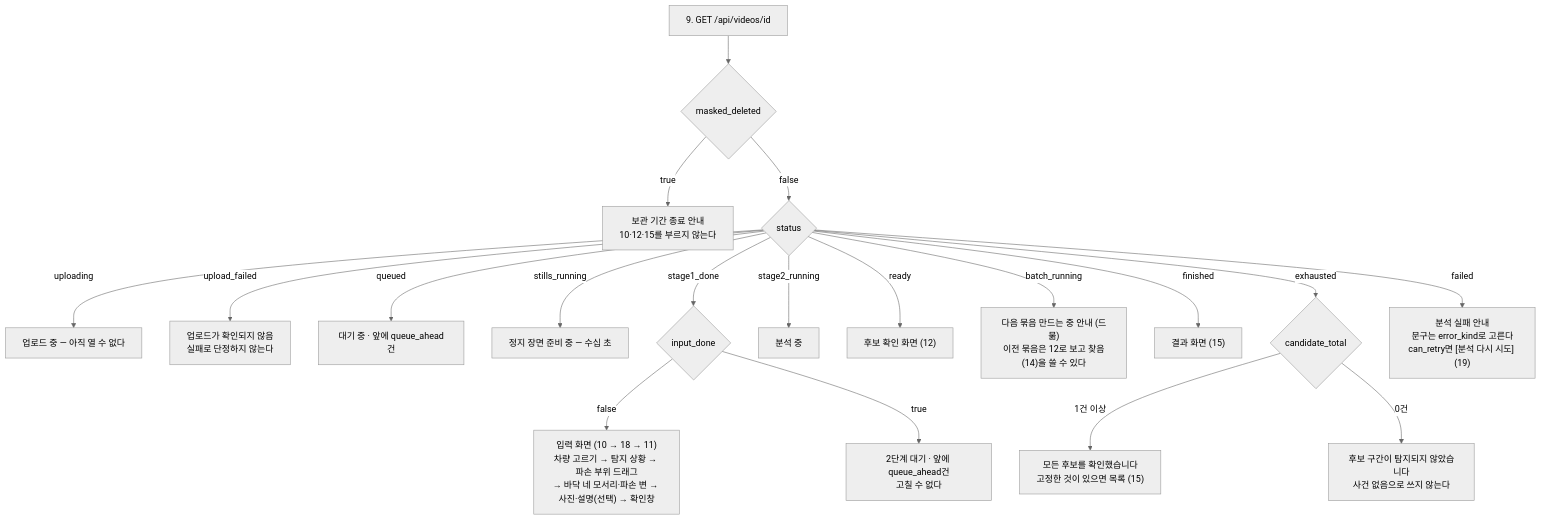
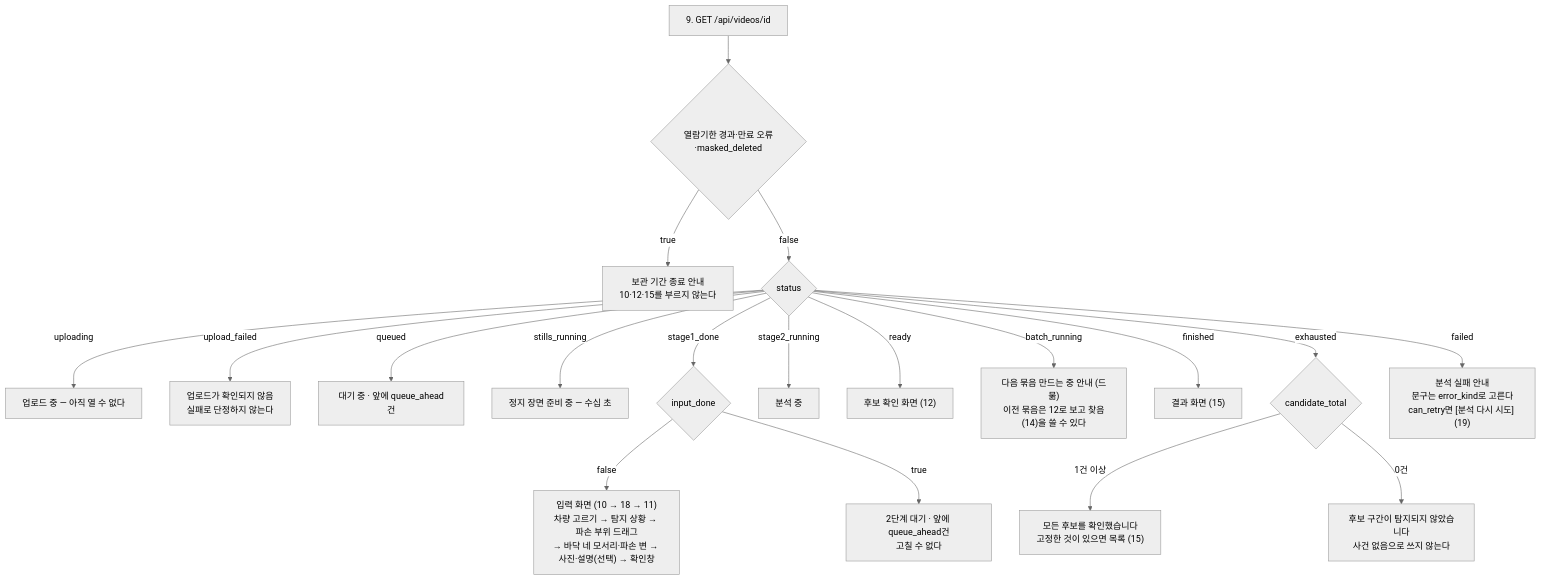
One commit to lG1l/parking_lot_detection changed the second of 2 diagrams in docs/design/05-api.md. Above: the diagram before and after it, drawn with Mermaid (neutral theme). The commit also changed other lines of this file and 9 other files, not shown here.

````diff
--- a/docs/design/05-api.md
+++ b/docs/design/05-api.md
@@ -1217,22 +1218,22 @@
 ```mermaid
 flowchart TD
-  P["9. GET /api/videos/id"] --> M{"masked_deleted"}
+  P["9. GET /api/videos/id"] --> M{"열람기한 경과·만료 오류·masked_deleted"}
   M -->|"true"| EXP["보관 기간 종료 안내<br/>10·12·15를 부르지 않는다"]
   M -->|"false"| ST{"status"}
 
   ST -->|"uploading"| A["업로드 중 — 아직 열 수 없다"]
   ST -->|"upload_failed"| B["업로드가 확인되지 않음<br/>실패로 단정하지 않는다"]
   ST -->|"queued"| C["대기 중 · 앞에 queue_ahead건"]
   ST -->|"stills_running"| D["정지 장면 준비 중 — 수십 초"]
   ST -->|"stage1_done"| G{"input_done"}
   G -->|"false"| E["입력 화면 (10 → 18 → 11)<br/>차량 고르기 → 탐지 상황 → 파손 부위 드래그<br/>→ 바닥 네 모서리·파손 변 → 사진·설명(선택) → 확인창"]
   G -->|"true"| H["2단계 대기 · 앞에 queue_ahead건<br/>고칠 수 없다"]
   ST -->|"stage2_running"| I["분석 중"]
   ST -->|"ready"| J["후보 확인 화면 (12)"]
   ST -->|"batch_running"| K["다음 묶음 만드는 중 안내 (드묾)<br/>이전 묶음은 12로 보고 찾음(14)을 쓸 수 있다"]
   ST -->|"finished"| N["결과 화면 (15)"]
   ST -->|"exhausted"| O{"candidate_total"}
   O -->|"1건 이상"| O1["모든 후보를 확인했습니다<br/>고정한 것이 있으면 목록 (15)"]
   O -->|"0건"| O2["후보 구간이 탐지되지 않았습니다<br/>사건 없음으로 쓰지 않는다"]
   ST -->|"failed"| Q["분석 실패 안내<br/>문구는 error_kind로 고른다<br/>can_retry면 [분석 다시 시도] (19)"]
 ```
````
